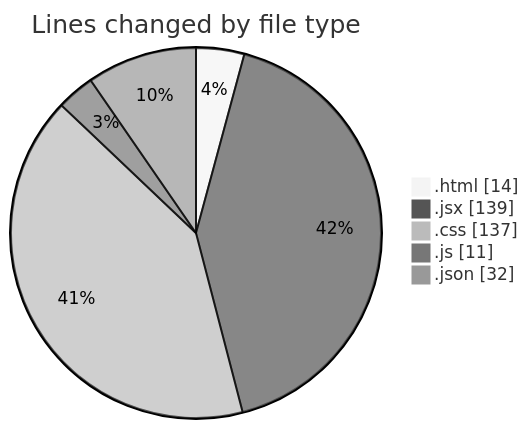
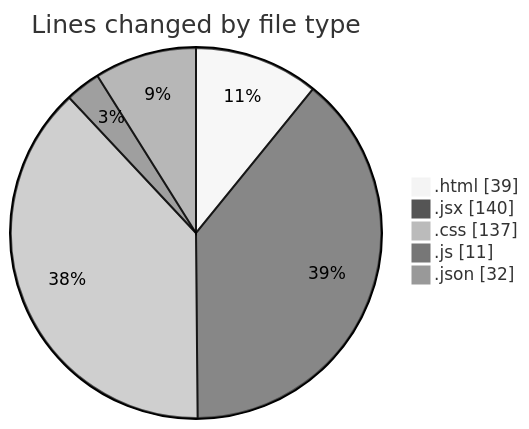
The first of 2 diagrams in 2025-02-12/elitegpt/README.md (Elitesun/code-tracking), drawn with Mermaid (neutral theme) before and after one commit. The commit also changed other lines of this file and 1 other file, not shown here.

````diff
--- a/2025-02-12/elitegpt/README.md
+++ b/2025-02-12/elitegpt/README.md
@@ -27,9 +27,9 @@
 ```mermaid
 pie showData
 title Lines changed by file type
-".html" : 14
-".jsx" : 139
+".html" : 39
+".jsx" : 140
 ".css" : 137
 ".js" : 11
 ".json" : 32
 ```
````
